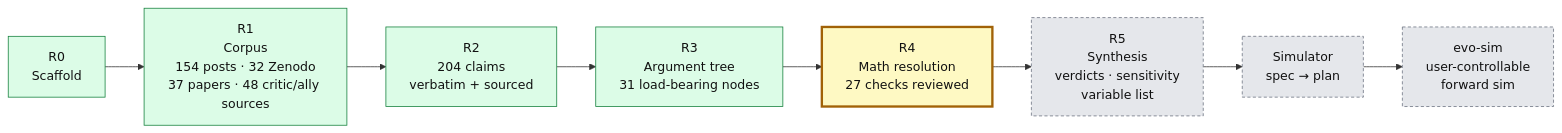
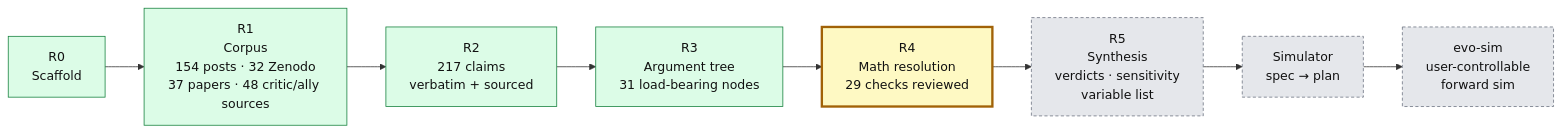
One commit to nickallevato/evo-sim changed the second of 2 diagrams in README.md. Above: the diagram before and after it, drawn with Mermaid. The commit also changed other lines of this file and 93 other files, not shown here.

````diff
--- a/README.md
+++ b/README.md
@@ -208,14 +218,14 @@
 ```mermaid
 flowchart LR
   R0["R0<br/>Scaffold"]:::done --> R1["R1<br/>Corpus<br/>154 posts · 32 Zenodo<br/>37 papers · 48 critic/ally sources"]:::done
-  R1 --> R2["R2<br/>204 claims<br/>verbatim + sourced"]:::done
+  R1 --> R2["R2<br/>217 claims<br/>verbatim + sourced"]:::done
   R2 --> R3["R3<br/>Argument tree<br/>31 load-bearing nodes"]:::done
-  R3 --> R4["R4<br/>Math resolution<br/>27 checks reviewed"]:::active
+  R3 --> R4["R4<br/>Math resolution<br/>29 checks reviewed"]:::active
   R4 --> R5["R5<br/>Synthesis<br/>verdicts · sensitivity<br/>variable list"]:::todo
   R5 --> S1["Simulator<br/>spec → plan"]:::todo
   S1 --> S2["evo-sim<br/>user-controllable<br/>forward sim"]:::todo
 
   classDef done fill:#dcfce7,stroke:#15803d,color:#111
   classDef active fill:#fef9c3,stroke:#a16207,stroke-width:3px,color:#111
   classDef todo fill:#e5e7eb,stroke:#6b7280,color:#111,stroke-dasharray:4 3
 ```
````
